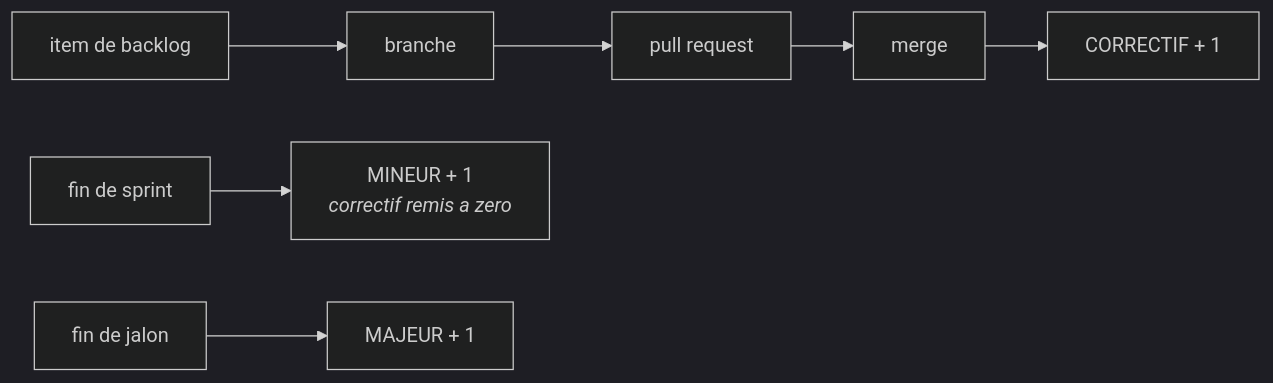
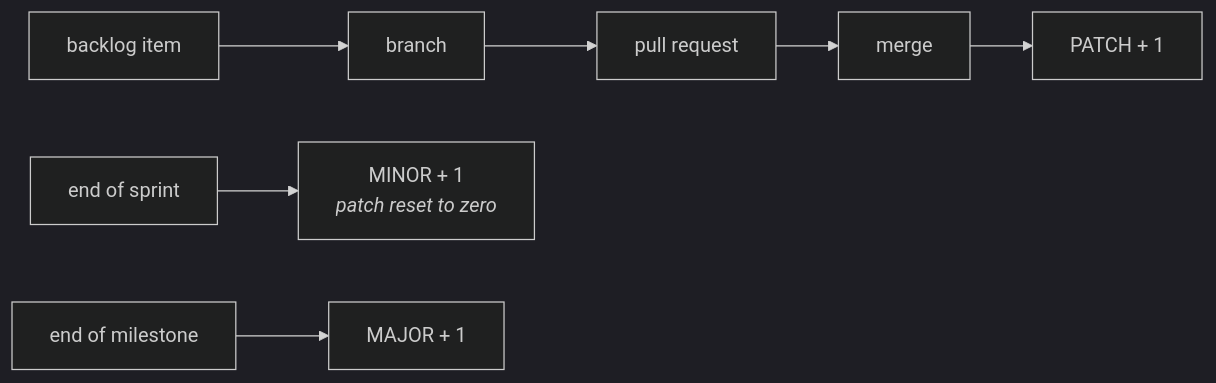
One commit to MasterLaplace/LplCraftSkills changed the diagram in skills/tracer-le-travail/SKILL.md. Above: the diagram before and after it, drawn with Mermaid (dark theme). The commit also changed 16 other files, not shown here.

First line of the commit message:
docs: Mermaid diagram text moves to English, the prose stays French

````diff
--- a/skills/tracer-le-travail/SKILL.md
+++ b/skills/tracer-le-travail/SKILL.md
@@ -200,7 +200,7 @@
 ```mermaid
 flowchart LR
-  I["item de backlog"] --> B["branche"] --> P["pull request"] --> M["merge"]
-  M --> C["CORRECTIF + 1"]
-  S["fin de sprint"] --> N["MINEUR + 1<br/><i>correctif remis a zero</i>"]
-  J["fin de jalon"] --> MA["MAJEUR + 1"]
+  I["backlog item"] --> B["branch"] --> P["pull request"] --> M["merge"]
+  M --> C["PATCH + 1"]
+  S["end of sprint"] --> N["MINOR + 1<br/><i>patch reset to zero</i>"]
+  J["end of milestone"] --> MA["MAJOR + 1"]
 ```
````
